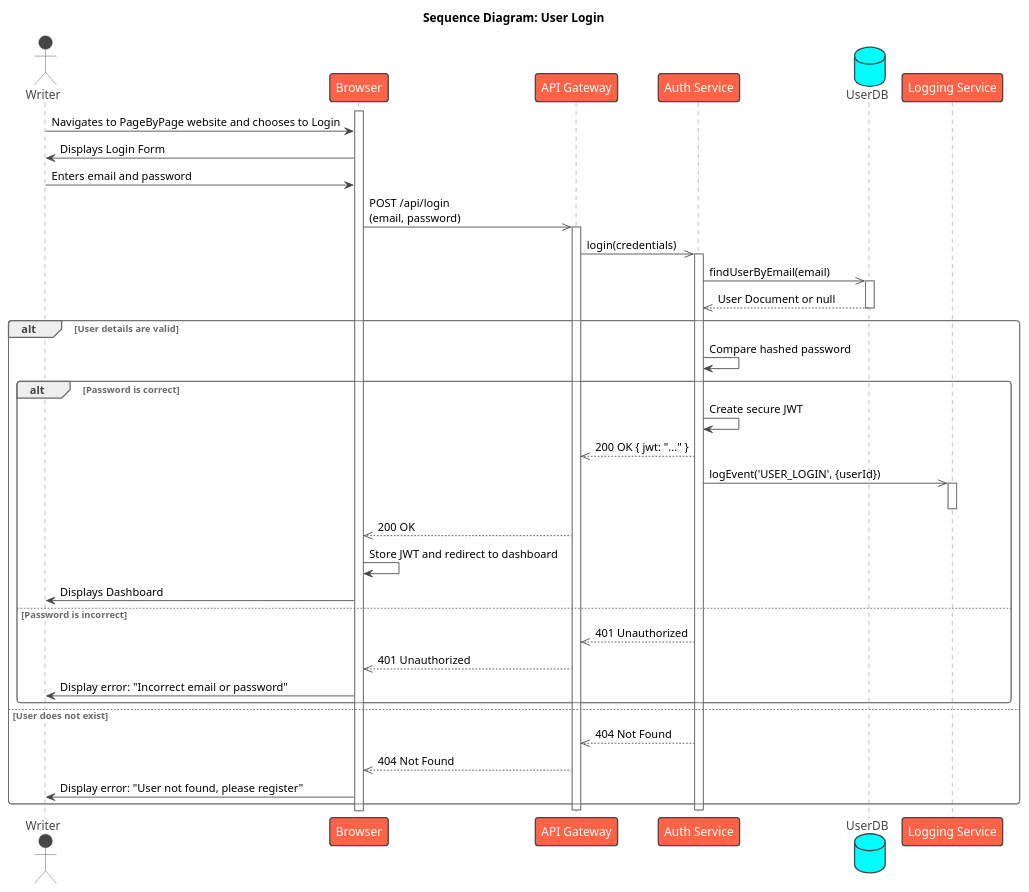
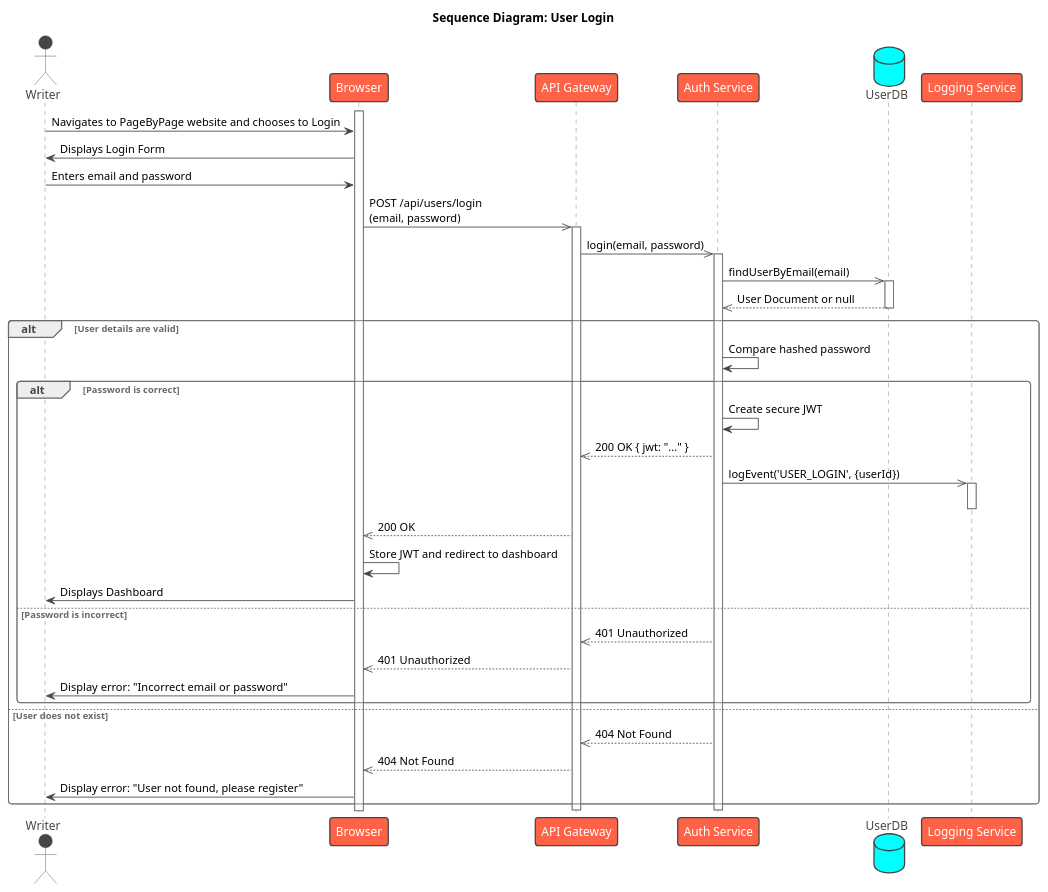
Before and after one commit to Arado3333/PageByPage_Israel_Arad: the diagram in UML/Sequences/Writer/LoginAndRegisteration.puml, drawn with PlantUML. The commit also changed other lines of this file and 13 other files, not shown here.

```diff
--- a/UML/Sequences/Writer/LoginAndRegisteration.puml
+++ b/UML/Sequences/Writer/LoginAndRegisteration.puml
@@ -1,57 +2,57 @@
 @startuml
 !theme vibrant
 
 title Sequence Diagram: User Login
 
 actor "Writer" as User
 participant "Browser" as Browser
 participant "API Gateway" as Gateway
 participant "Auth Service" as AuthService
 database "UserDB" as UserDB
 participant "Logging Service" as LoggingService
 
 activate Browser
 User -> Browser : Navigates to PageByPage website and chooses to Login
 
 Browser -> User : Displays Login Form
 User -> Browser : Enters email and password
-Browser ->> Gateway : POST /api/login\n(email, password)
+Browser ->> Gateway : POST /api/users/login\n(email, password)
 activate Gateway
 
-Gateway ->> AuthService : login(credentials)
+Gateway ->> AuthService : login(email, password)
 activate AuthService
 
 AuthService ->> UserDB : findUserByEmail(email)
 activate UserDB
 UserDB -->> AuthService : User Document or null
 deactivate UserDB
 
 alt User details are valid
     AuthService -> AuthService : Compare hashed password
     alt Password is correct
         AuthService -> AuthService : Create secure JWT
         AuthService -->> Gateway : 200 OK { jwt: "..." }
 
         ' Asynchronous Logging
         AuthService ->> LoggingService : logEvent('USER_LOGIN', {userId})
         activate LoggingService
         deactivate LoggingService
 
         Gateway -->> Browser : 200 OK
         Browser -> Browser : Store JWT and redirect to dashboard
         Browser -> User : Displays Dashboard
     else Password is incorrect
         AuthService -->> Gateway : 401 Unauthorized
         Gateway -->> Browser : 401 Unauthorized
         Browser -> User : Display error: "Incorrect email or password"
     end
 else User does not exist
     AuthService -->> Gateway : 404 Not Found
     Gateway -->> Browser : 404 Not Found
     Browser -> User : Display error: "User not found, please register"
 end
 deactivate AuthService
 deactivate Gateway
 activate Browser
 
 @enduml
```
